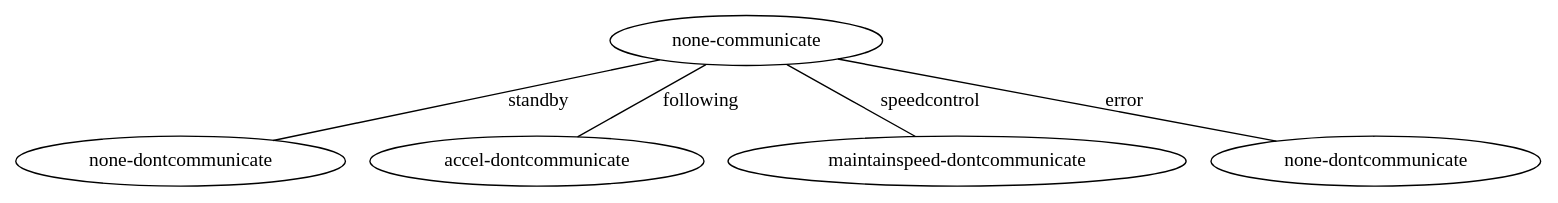
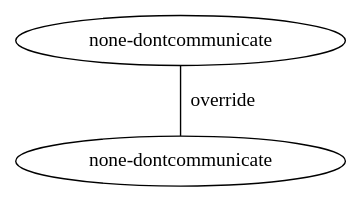
The diagram in MADPtools/mtree.dot (AlyssaLytle/DecPOMDP_Suite), drawn with Graphviz before and after one commit. The commit also changed 176 other files, not shown here.

```diff
--- a/MADPtools/mtree.dot
+++ b/MADPtools/mtree.dot
@@ -1,12 +1,6 @@
 digraph machine_tree {
 edge [dir=none];
-node0 [ label = "none-communicate" ];
+node0 [ label = "none-dontcommunicate" ];
 node1 [ label = "none-dontcommunicate" ];
-node2 [ label = "accel-dontcommunicate" ];
-node3 [ label = "maintainspeed-dontcommunicate" ];
-node4 [ label = "none-dontcommunicate" ];
-node0 -> node1 [label="standby"];
-node0 -> node2 [label="following"];
-node0 -> node3 [label="speedcontrol"];
-node0 -> node4 [label="error"];
+node0 -> node1 [label="override"];
 }
```
